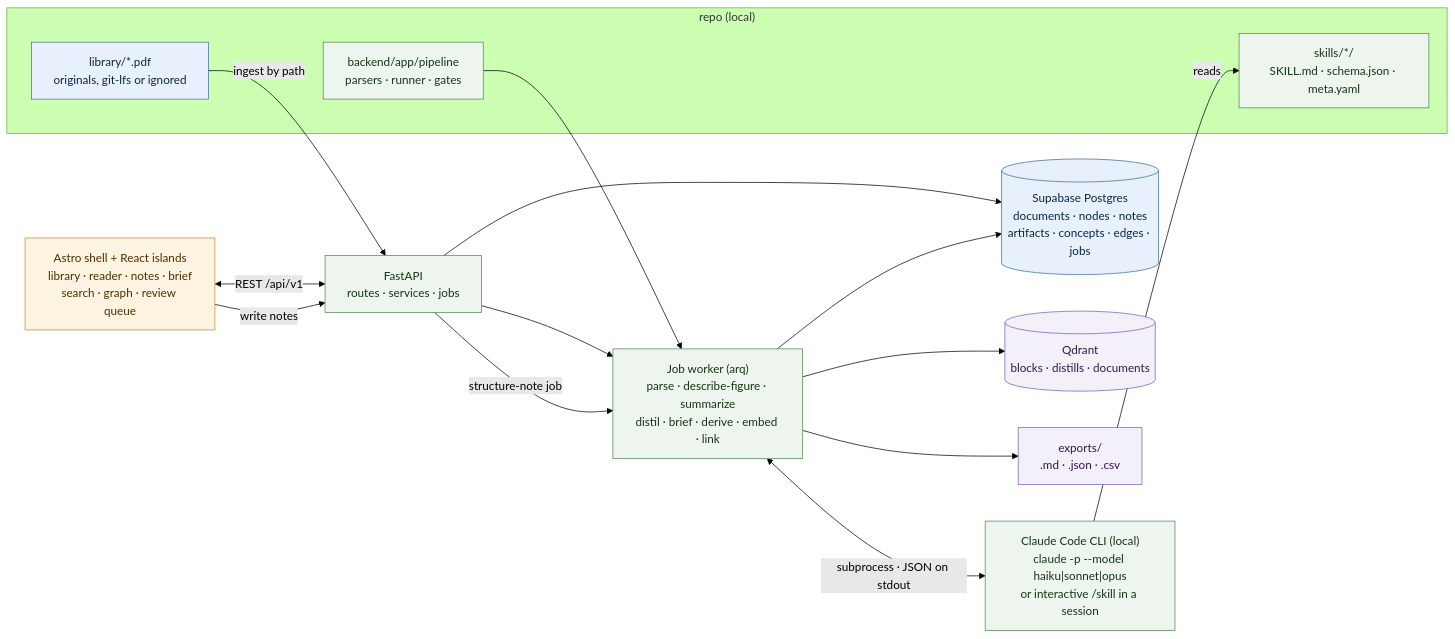
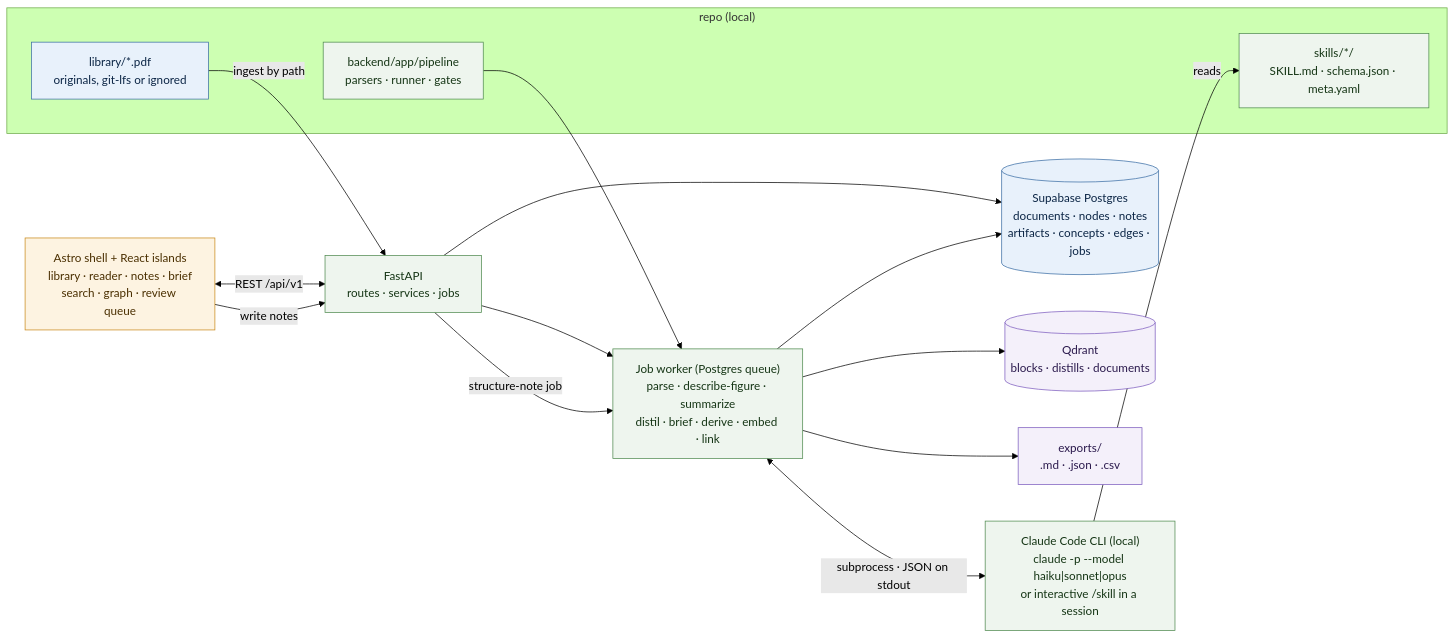
Before and after one commit to agharsallah/bookshelf: the second of 12 diagrams in docs/ARCHITECTURE.md, drawn with Mermaid (forest theme). The commit also changed other lines of this file, not shown here.

Commit message:
docs(architecture): record implementation deviations (queue, Postgres, notes FK)

````diff
--- a/docs/ARCHITECTURE.md
+++ b/docs/ARCHITECTURE.md
@@ -98,36 +98,36 @@
 ```mermaid
 flowchart LR
   classDef truth fill:#e8f1fb,stroke:#3b6ea5,color:#0b2545
   classDef derived fill:#f4f0fa,stroke:#7c5cbf,color:#2b1a4d
   classDef human fill:#fdf3e1,stroke:#c98a1b,color:#4a2f00
   classDef infra fill:#eef5ee,stroke:#4f8a4f,color:#153515
 
   subgraph REPO["repo (local)"]
     LIB["library/*.pdf<br/>originals, git-lfs or ignored"]:::truth
     SKILLS["skills/*/<br/>SKILL.md · schema.json · meta.yaml"]:::infra
     PY["backend/app/pipeline<br/>parsers · runner · gates"]:::infra
   end
 
   API["FastAPI<br/>routes · services · jobs"]:::infra
-  WORKER["Job worker (arq)<br/>parse · describe-figure · summarize<br/>distil · brief · derive · embed · link"]:::infra
+  WORKER["Job worker (Postgres queue)<br/>parse · describe-figure · summarize<br/>distil · brief · derive · embed · link"]:::infra
   CLI["Claude Code CLI (local)<br/>claude -p --model haiku|sonnet|opus<br/>or interactive /skill in a session"]:::infra
 
   PG[("Supabase Postgres<br/>documents · nodes · notes<br/>artifacts · concepts · edges · jobs")]:::truth
   QD[("Qdrant<br/>blocks · distills · documents")]:::derived
   EXP["exports/<br/>.md · .json · .csv"]:::derived
 
   FE["Astro shell + React islands<br/>library · reader · notes · brief<br/>search · graph · review queue"]:::human
 
   LIB -- "ingest by path" --> API
   API --> PG
   API --> WORKER
   PY --> WORKER
   WORKER <-- "subprocess · JSON on stdout" --> CLI
   CLI -- "reads" --> SKILLS
   WORKER --> PG
   WORKER --> QD
   WORKER --> EXP
   FE <-- "REST /api/v1" --> API
   FE -- "write notes" --> API
   API -- "structure-note job" --> WORKER
 ```
````
